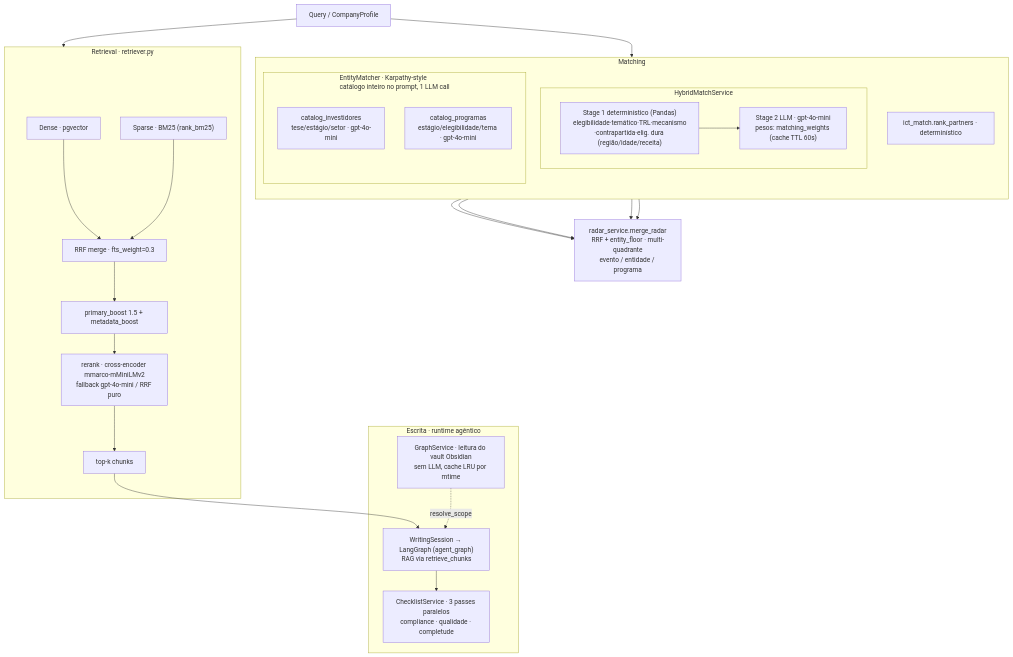
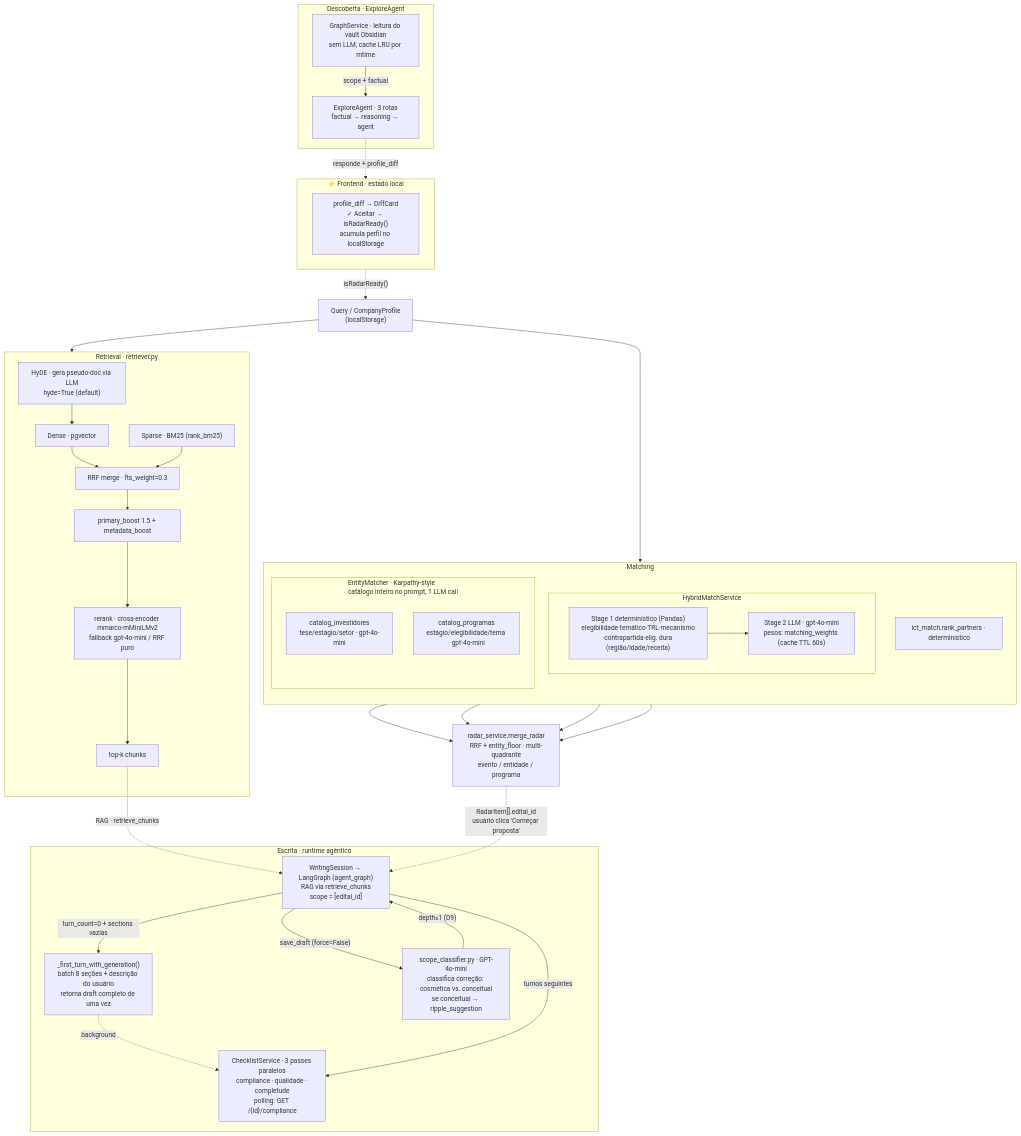
One commit to lucasborgs/radar_editais changed the second of 4 diagrams in docs/architecture.md. Above: the diagram before and after it, drawn with Mermaid. The commit also changed other lines of this file and 6 other files, not shown here.

First line of the commit message:
feat: first-turn batch generation + scope classifier (#41)

````diff
--- a/docs/architecture.md
+++ b/docs/architecture.md
@@ -54,43 +54,63 @@
 ```mermaid
 flowchart TB
-  Q["Query / CompanyProfile"]
+  Q["Query / CompanyProfile<br/>(localStorage)"]
 
   subgraph RET["Retrieval · retriever.py"]
+    HYDE["HyDE · gera pseudo-doc via LLM<br/>hyde=True (default)"]
     DENSE["Dense · pgvector"]
     SPARSE["Sparse · BM25 (rank_bm25)"]
+    HYDE --> DENSE
     DENSE --> RRF["RRF merge · fts_weight=0.3"]
     SPARSE --> RRF
     RRF --> BOOST["primary_boost 1.5 + metadata_boost"]
     BOOST --> RERANK["rerank · cross-encoder mmarco-mMiniLMv2<br/>fallback gpt-4o-mini / RRF puro"]
     RERANK --> TOPK["top-k chunks"]
   end
 
   subgraph MATCH["Matching"]
     direction TB
     subgraph HM["HybridMatchService"]
       S1["Stage 1 determinístico (Pandas)<br/>elegibilidade·temático·TRL·mecanismo<br/>·contrapartida·elig. dura (região/idade/receita)"]
       S1 --> S2["Stage 2 LLM · gpt-4o-mini<br/>pesos: matching_weights (cache TTL 60s)"]
     end
     subgraph EM["EntityMatcher · Karpathy-style<br/>catálogo inteiro no prompt, 1 LLM call"]
       INV["catalog_investidores<br/>tese/estágio/setor · gpt-4o-mini"]
       PROG["catalog_programas<br/>estágio/elegibilidade/tema · gpt-4o-mini"]
     end
     ICT["ict_match.rank_partners · determinístico"]
   end
 
   Q --> RET
   Q --> MATCH
   HM --> RADAR
   INV --> RADAR
   PROG --> RADAR
   ICT --> RADAR
   RADAR["radar_service.merge_radar<br/>RRF + entity_floor · multi-quadrante<br/>evento / entidade / programa"]
 
-  TOPK --> WS
-  GS -.->|resolve_scope| WS
+  TOPK -.->|"RAG · retrieve_chunks"| WS
+
+  subgraph EXPLORE["Descoberta · ExploreAgent"]
+    GS["GraphService · leitura do vault Obsidian<br/>sem LLM, cache LRU por mtime"]
+    EA["ExploreAgent · 3 rotas<br/>factual → reasoning → agent"]
+    GS -->|scope + factual| EA
+  end
+
+  subgraph FRONT["⚡ Frontend · estado local"]
+    FE["profile_diff → DiffCard<br/>✓ Aceitar → isRadarReady()<br/>acumula perfil no localStorage"]
+  end
+
+  EA -.->|"responde + profile_diff"| FRONT
+  FRONT -.->|"isRadarReady()"| Q
+
+  RADAR -.->|"RadarItem[].edital_id<br/>usuário clica 'Começar proposta'"| WS
+
   subgraph WRITE["Escrita · runtime agêntico"]
-    GS["GraphService · leitura do vault Obsidian<br/>sem LLM, cache LRU por mtime"]
-    WS["WritingSession → LangGraph (agent_graph)<br/>RAG via retrieve_chunks"]
-    WS --> CKL["ChecklistService · 3 passes paralelos<br/>compliance · qualidade · completude"]
+    WS["WritingSession → LangGraph (agent_graph)<br/>RAG via retrieve_chunks<br/>scope = [edital_id]"]
+    WS -->|"turn_count=0 + sections vazias"| FT["_first_turn_with_generation()<br/>batch 8 seções + descrição do usuário<br/>retorna draft completo de uma vez"]
+    FT -.->|"background"| CKL["ChecklistService · 3 passes paralelos<br/>compliance · qualidade · completude<br/>polling: GET /{id}/compliance"]
+    WS -->|"turnos seguintes"| CKL
+    WS -->|"save_draft (force=False)"| SCOP["scope_classifier.py · GPT-4o-mini<br/>classifica correção: cosmética vs. conceitual<br/>se conceitual → ripple_suggestion"]
+    SCOP -->|"depth≤1 (D9)"| WS
   end
 ```
````
